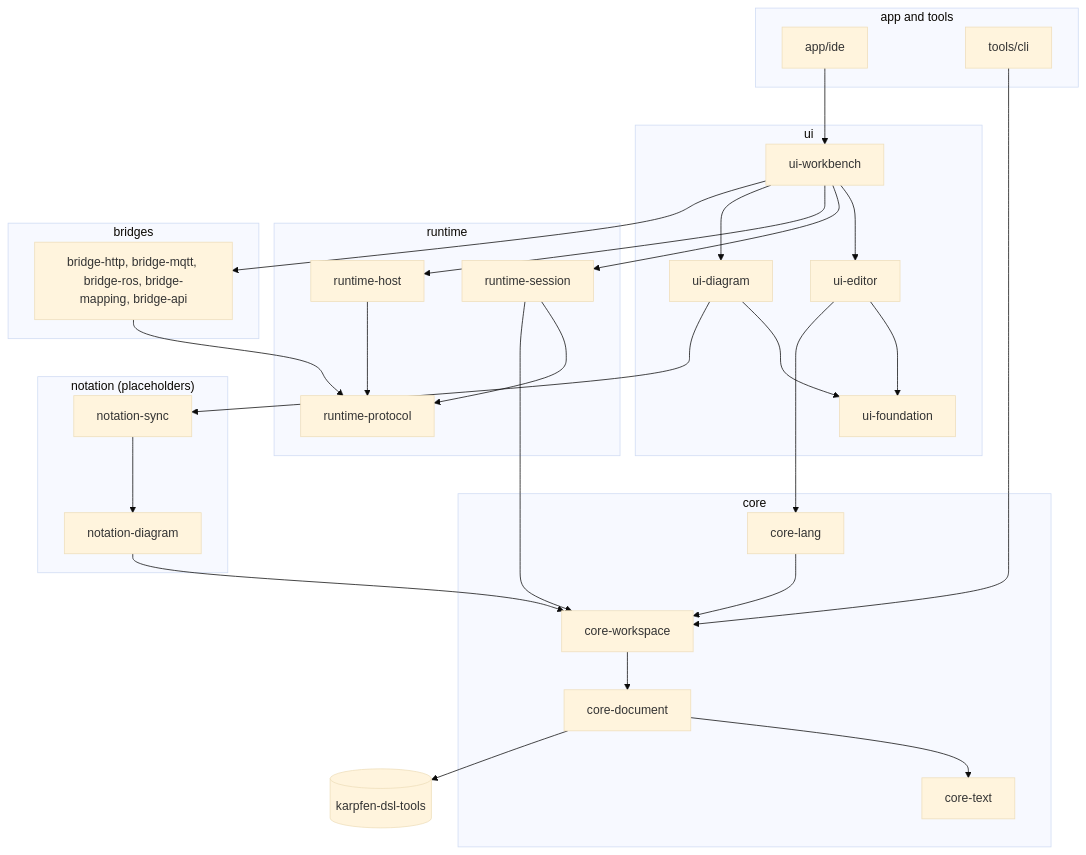
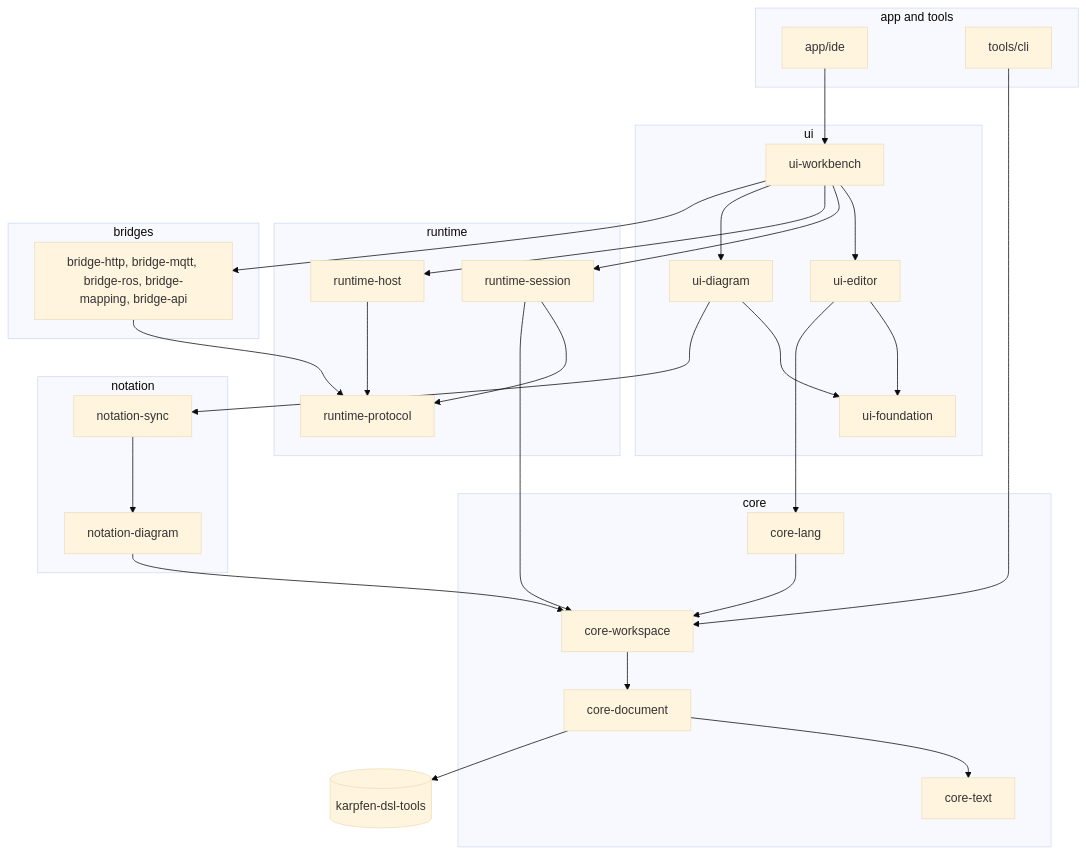
One commit to karpfenproject/karpfen-IDE changed the diagram in docs/archdoc.md. Above: the diagram before and after it, drawn with Mermaid (base theme).

Commit message:
Call the notation modules what they are in the module diagram

````diff
--- a/docs/archdoc.md
+++ b/docs/archdoc.md
@@ -74,44 +74,44 @@
 ```mermaid
 flowchart TD
     subgraph appGroup ["app and tools"]
         ide["app/ide"]
         cli["tools/cli"]
     end
     subgraph uiGroup ["ui"]
         workbench["ui-workbench"]
         editor["ui-editor"]
         foundation["ui-foundation"]
         uidiagram["ui-diagram"]
     end
     subgraph runtimeGroup ["runtime"]
         session["runtime-session"]
         host["runtime-host"]
         protocol["runtime-protocol"]
     end
-    subgraph notationGroup ["notation (placeholders)"]
+    subgraph notationGroup ["notation"]
         nsync["notation-sync"]
         ndiagram["notation-diagram"]
     end
     subgraph bridgesGroup ["bridges"]
         bridges["bridge-http, bridge-mqtt, bridge-ros, bridge-mapping, bridge-api"]
     end
     subgraph coreGroup ["core"]
         lang["core-lang"]
         workspace["core-workspace"]
         document["core-document"]
         coretext["core-text"]
     end
     dsltools[("karpfen-dsl-tools")]
 
     ide --> workbench
     cli --> workspace
     workbench --> editor & session & host & uidiagram & bridges
     editor --> foundation & lang
     uidiagram --> foundation & nsync
     nsync --> ndiagram --> workspace
     session --> protocol & workspace
     host --> protocol
     bridges --> protocol
     lang --> workspace --> document
     document --> coretext & dsltools
 ```
````
